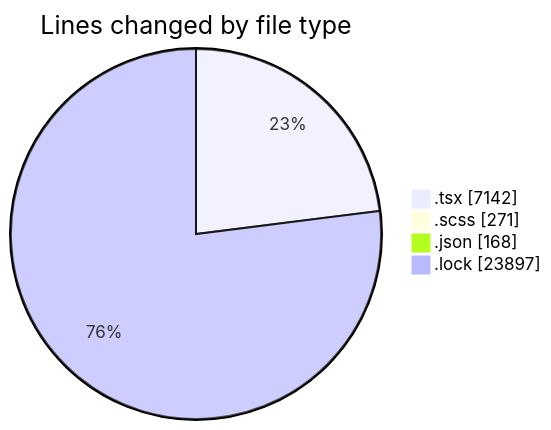
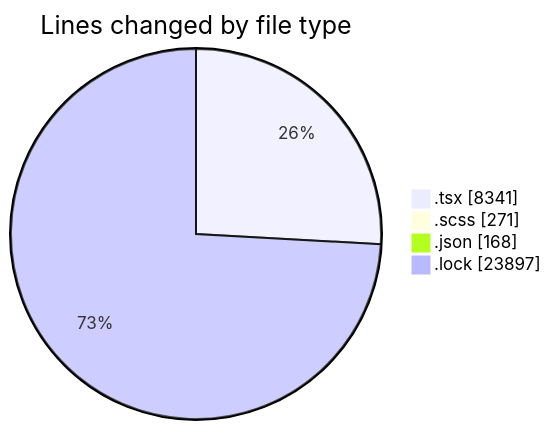
The first of 2 diagrams in 2025-11-18/cda/README.md (momahboobian/code-tracking), drawn with Mermaid before and after one commit. The commit also changed other lines of this file and 1 other file, not shown here.

````diff
--- a/2025-11-18/cda/README.md
+++ b/2025-11-18/cda/README.md
@@ -34,8 +35,8 @@
 ```mermaid
 pie showData
 title Lines changed by file type
-".tsx" : 7142
+".tsx" : 8341
 ".scss" : 271
 ".json" : 168
 ".lock" : 23897
 ```
````
